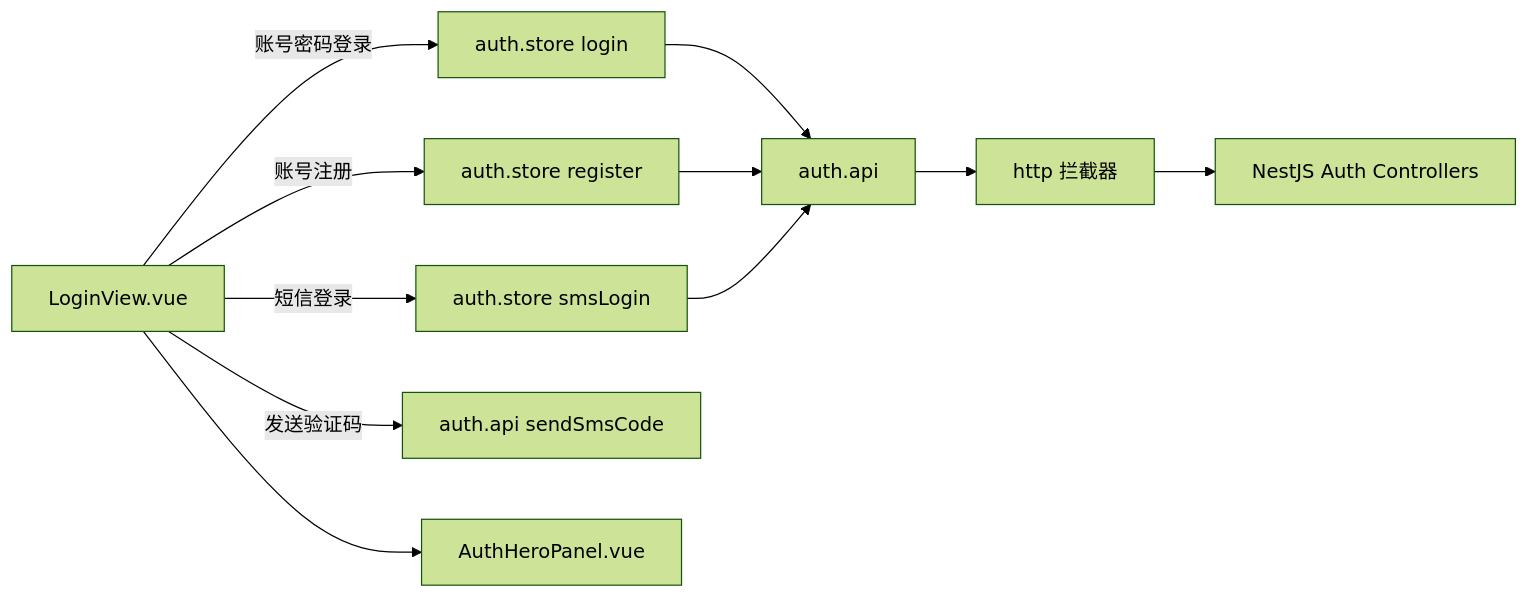
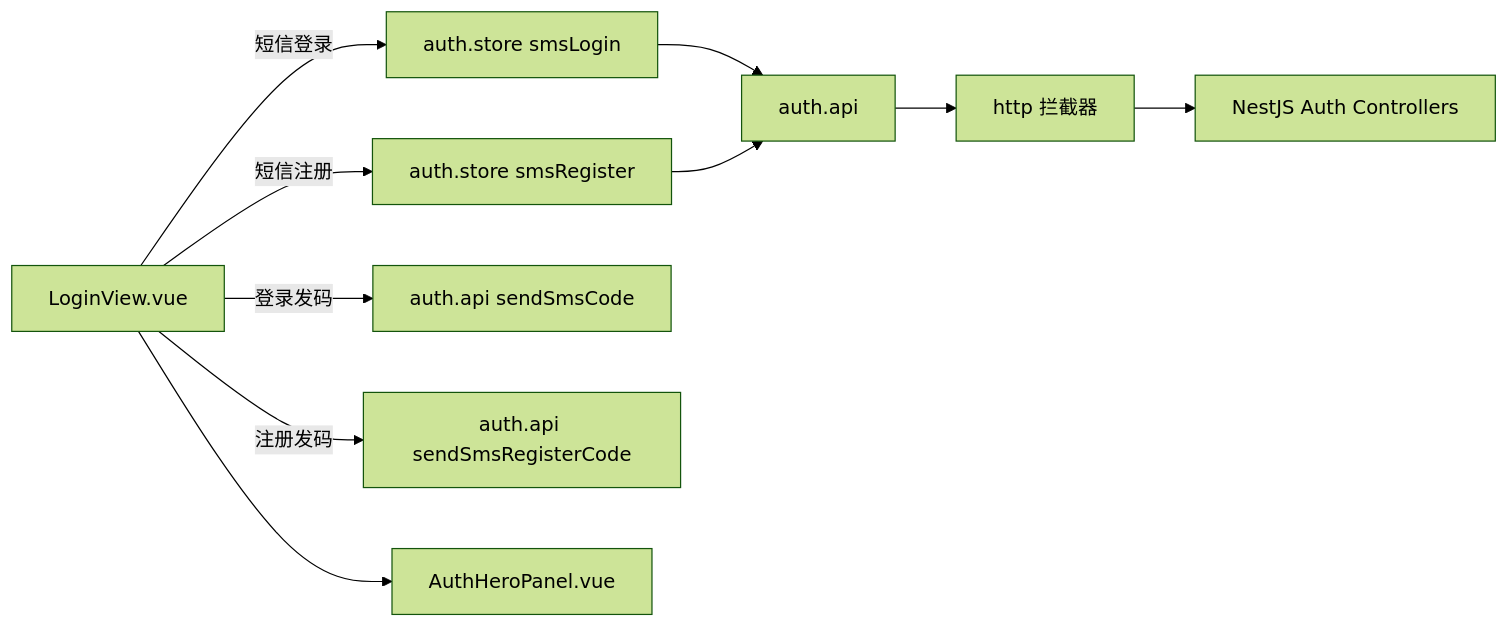
Before and after one commit to yiting001/E-sports-01: the first of 2 diagrams in docs/auth-ui.md, drawn with Mermaid (forest theme). The commit also changed other lines of this file and 13 other files, not shown here.

First line of the commit message:
feat(auth): 短信登录/注册页与后端短信自助注册

````diff
--- a/docs/auth-ui.md
+++ b/docs/auth-ui.md
@@ -34,13 +34,12 @@
 ```mermaid
 flowchart LR
-  View[LoginView.vue] -->|账号密码登录| StoreLogin[auth.store login]
-  View -->|账号注册| StoreRegister[auth.store register]
-  View -->|短信登录| StoreSms[auth.store smsLogin]
-  View -->|发送验证码| AuthApi[auth.api sendSmsCode]
-  StoreLogin --> API[auth.api]
-  StoreRegister --> API
-  StoreSms --> API
+  View[LoginView.vue] -->|短信登录| StoreSms[auth.store smsLogin]
+  View -->|短信注册| StoreReg[auth.store smsRegister]
+  View -->|登录发码| ApiSend[auth.api sendSmsCode]
+  View -->|注册发码| ApiRegSend[auth.api sendSmsRegisterCode]
+  StoreSms --> API[auth.api]
+  StoreReg --> API
   API --> HTTP[http 拦截器]
   HTTP --> Server[NestJS Auth Controllers]
   View --> Hero[AuthHeroPanel.vue]
 ```
````
